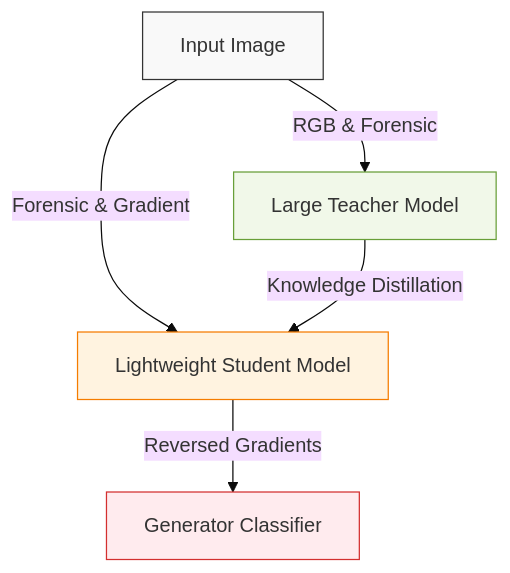
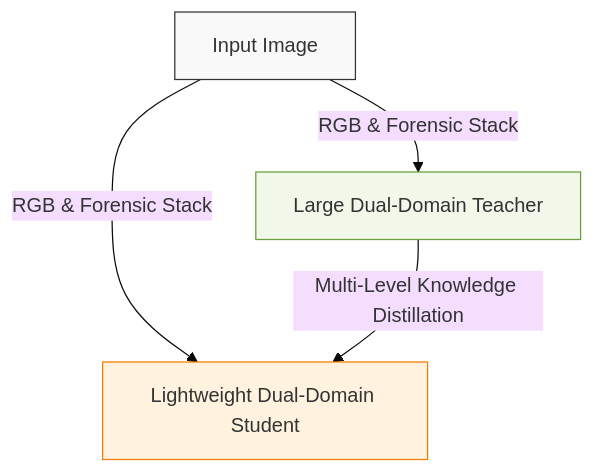
One commit to biswajit-bhunia/KD changed the first of 4 diagrams in technical_architecture.md. Above: the diagram before and after it, drawn with Mermaid (base theme). The commit also changed other lines of this file and 13 other files, not shown here.

Commit message:
new working architecture

````diff
--- a/technical_architecture.md
+++ b/technical_architecture.md
@@ -11,16 +11,13 @@
 ```mermaid
 graph TD
-    Image[Input Image] --> |RGB & Forensic| Teacher[Large Teacher Model]
-    Image --> |Forensic & Gradient| Student[Lightweight Student Model]
-    Teacher --> |Knowledge Distillation| Student
-    Student --> |Reversed Gradients| GenHead[Generator Classifier]
+    Image[Input Image] --> |RGB & Forensic Stack| Teacher[Large Dual-Domain Teacher]
+    Image --> |RGB & Forensic Stack| Student[Lightweight Dual-Domain Student]
+    Teacher --> |Multi-Level Knowledge Distillation| Student
     
     classDef default fill:#f9f9f9,stroke:#333,stroke-width:1px;
     classDef teacher fill:#f1f8e9,stroke:#689f38;
     classDef student fill:#fff3e0,stroke:#f57c00;
-    classDef grl fill:#ffebee,stroke:#d32f2f;
     
     class Teacher teacher;
     class Student student;
-    class GenHead grl;
 ```
````
